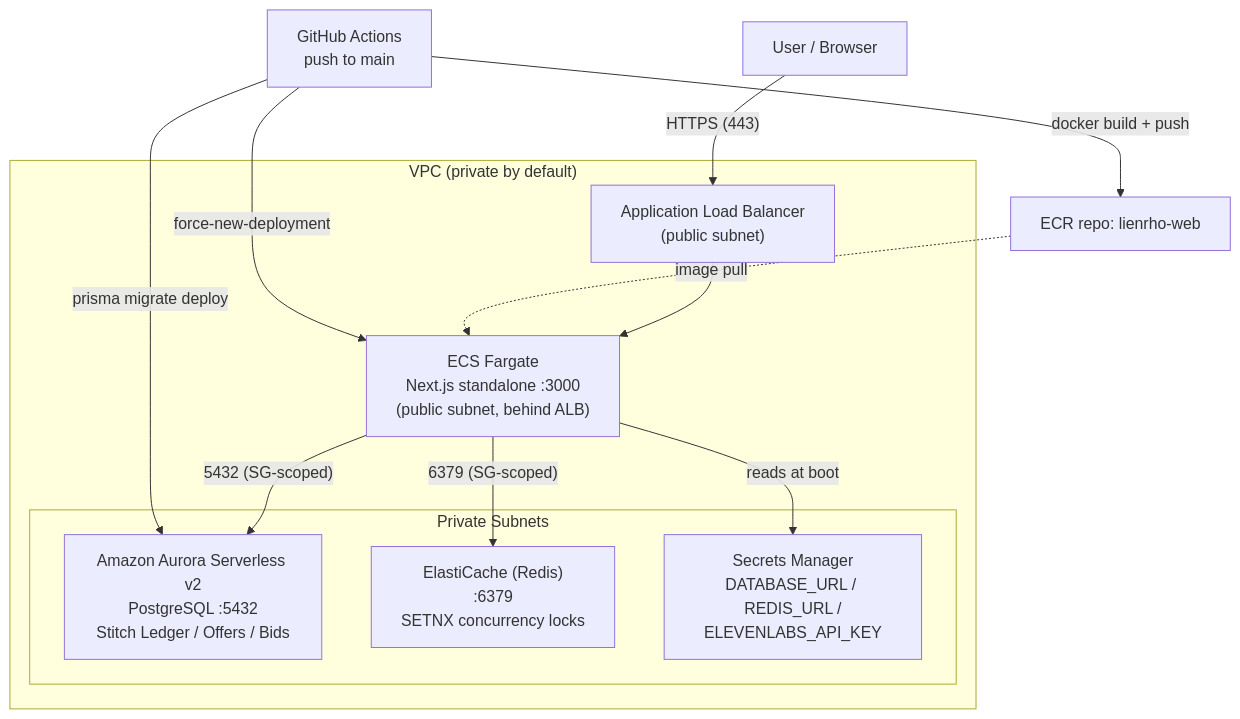
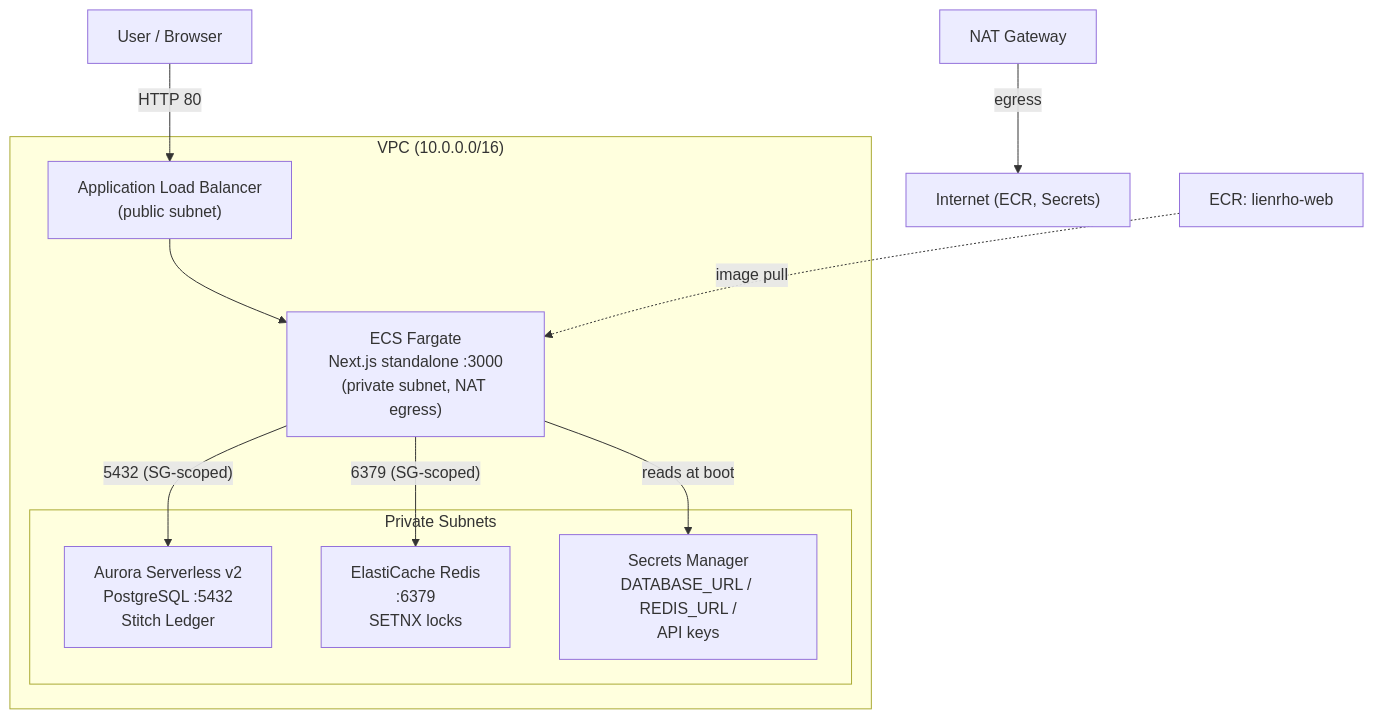
Before and after one commit to Haise-727/LienRho: the first of 2 diagrams in docs/aws-architecture.md, drawn with Mermaid. The commit also changed other lines of this file and 15 other files, not shown here.

First line of the commit message:
infra: add AWS ECS Fargate + Aurora + ElastiCache OpenTofu IaC (#34)

````diff
--- a/docs/aws-architecture.md
+++ b/docs/aws-architecture.md
@@ -8,24 +10,21 @@
 ```mermaid
 flowchart TB
-    U["User / Browser"] -->|"HTTPS (443)"| ALB["Application Load Balancer\n(public subnet)"]
+    U["User / Browser"] -->|"HTTP 80"| ALB["Application Load Balancer\n(public subnet)"]
 
-    subgraph VPC["VPC (private by default)"]
-        ALB --> FARGATE["ECS Fargate\nNext.js standalone :3000\n(public subnet, behind ALB)"]
+    subgraph VPC["VPC (10.0.0.0/16)"]
+        ALB --> FARGATE["ECS Fargate\nNext.js standalone :3000\n(private subnet, NAT egress)"]
 
         subgraph PRIV["Private Subnets"]
-            AURORA["Amazon Aurora Serverless v2\nPostgreSQL :5432\nStitch Ledger / Offers / Bids"]
-            REDIS["ElastiCache (Redis)\n:6379\nSETNX concurrency locks"]
-            SEC["Secrets Manager\nDATABASE_URL / REDIS_URL /\nELEVENLABS_API_KEY"]
+            AURORA["Aurora Serverless v2\nPostgreSQL :5432\nStitch Ledger"]
+            REDIS["ElastiCache Redis\n:6379\nSETNX locks"]
+            SEC["Secrets Manager\nDATABASE_URL / REDIS_URL /\nAPI keys"]
         end
 
         FARGATE -->|"5432 (SG-scoped)"| AURORA
         FARGATE -->|"6379 (SG-scoped)"| REDIS
         FARGATE -->|"reads at boot"| SEC
     end
 
-    ECR["ECR repo: lienrho-web"] -.->|"image pull"| FARGATE
-
-    GH["GitHub Actions\npush to main"] -->|"docker build + push"| ECR
-    GH -->|"prisma migrate deploy"| AURORA
-    GH -->|"force-new-deployment"| FARGATE
+    ECR["ECR: lienrho-web"] -.->|"image pull"| FARGATE
+    NAT["NAT Gateway"] -->|"egress"| IGW["Internet (ECR, Secrets)"]
 ```
````
